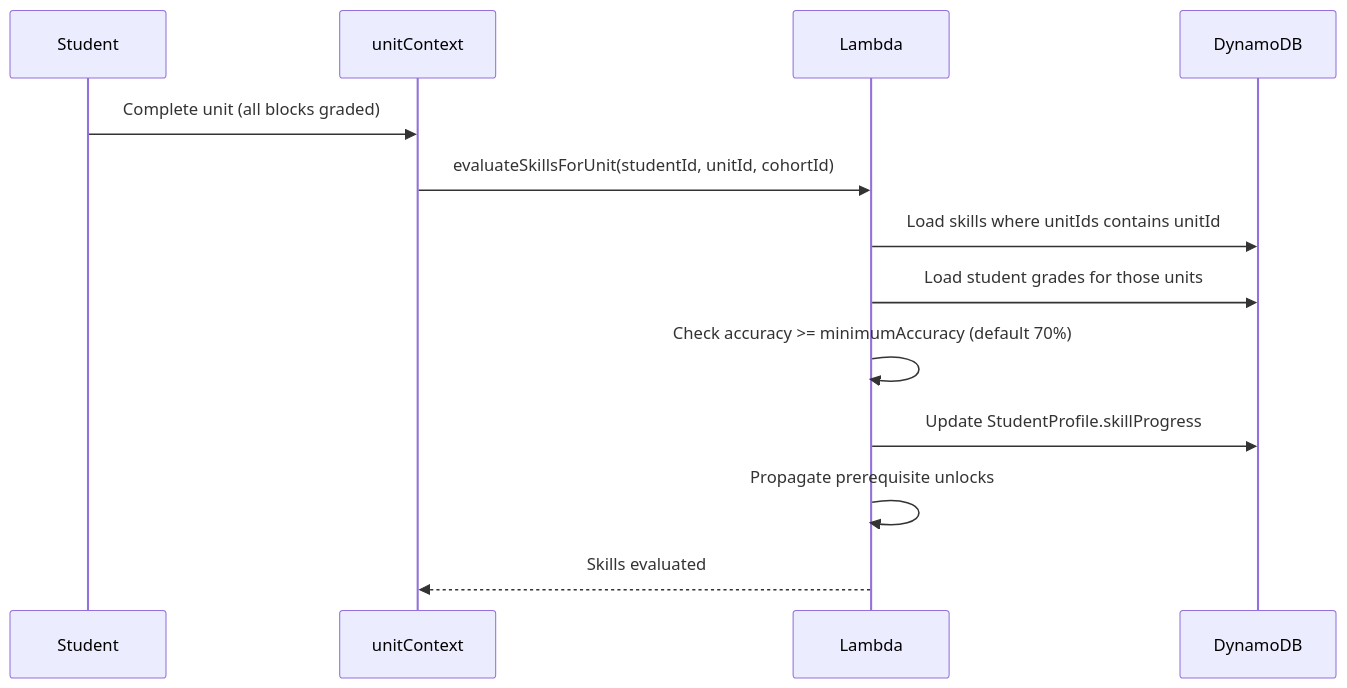
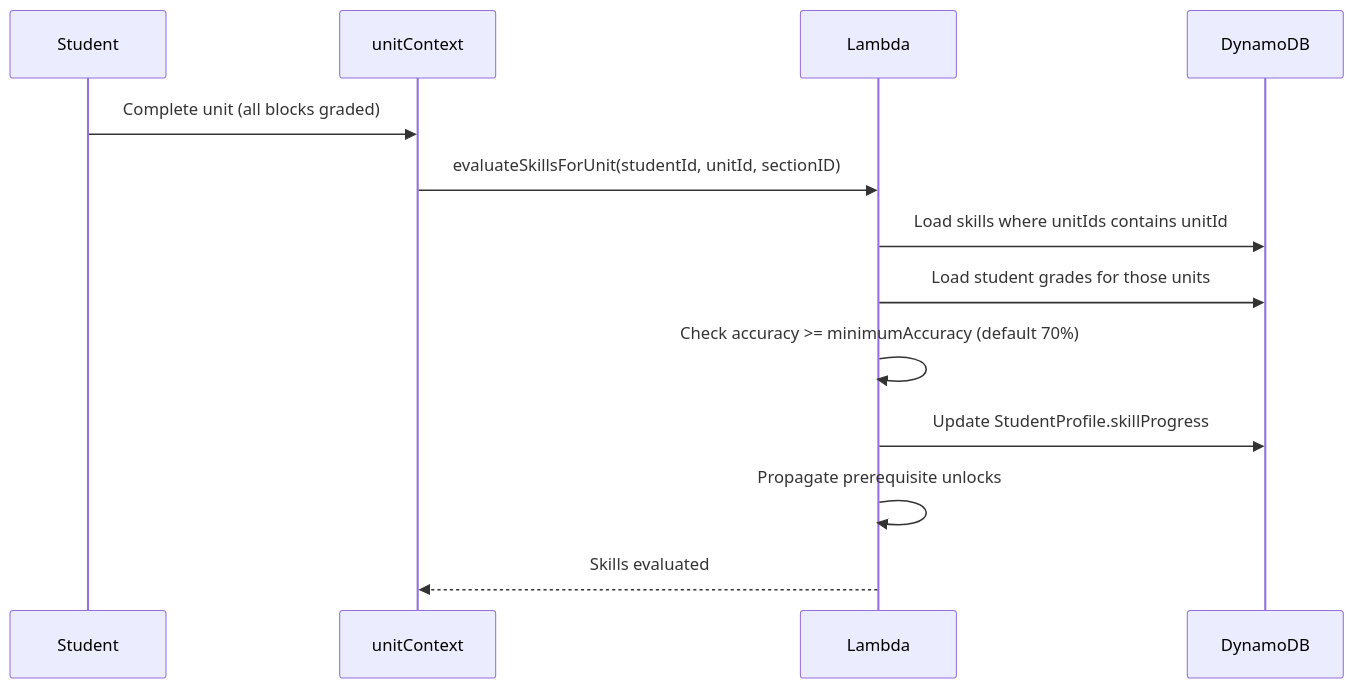
One commit to ExcitingTheory/amplify-homework-supply changed the third of 3 diagrams in docs/GAMIFICATION.md. Above: the diagram before and after it, drawn with Mermaid. The commit also changed 487 other files, not shown here.

````diff
--- a/docs/GAMIFICATION.md
+++ b/docs/GAMIFICATION.md
@@ -120,16 +120,16 @@
 ```mermaid
 sequenceDiagram
     participant S as Student
     participant UC as unitContext
     participant L as Lambda
     participant DB as DynamoDB
 
     S->>UC: Complete unit (all blocks graded)
-    UC->>L: evaluateSkillsForUnit(studentId, unitId, cohortId)
+    UC->>L: evaluateSkillsForUnit(studentId, unitId, sectionID)
     L->>DB: Load skills where unitIds contains unitId
     L->>DB: Load student grades for those units
     L->>L: Check accuracy >= minimumAccuracy (default 70%)
     L->>DB: Update StudentProfile.skillProgress
     L->>L: Propagate prerequisite unlocks
     L-->>UC: Skills evaluated
 ```
````
